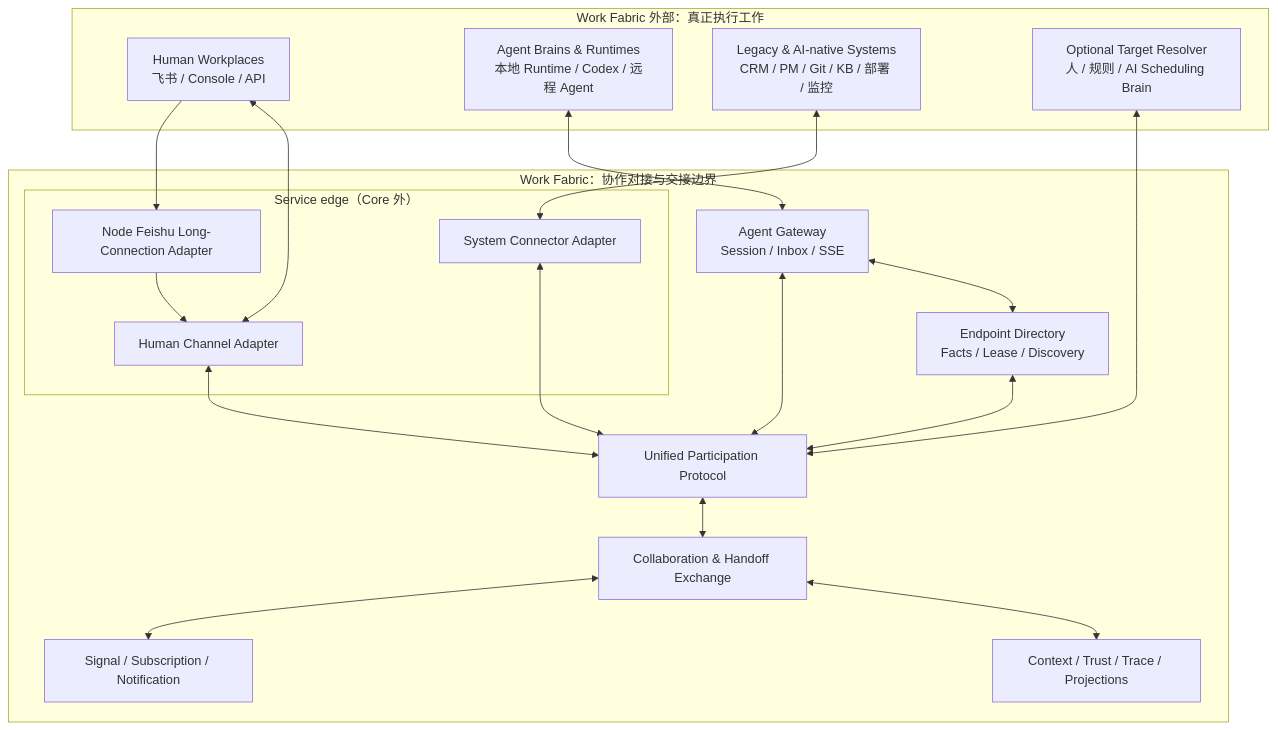
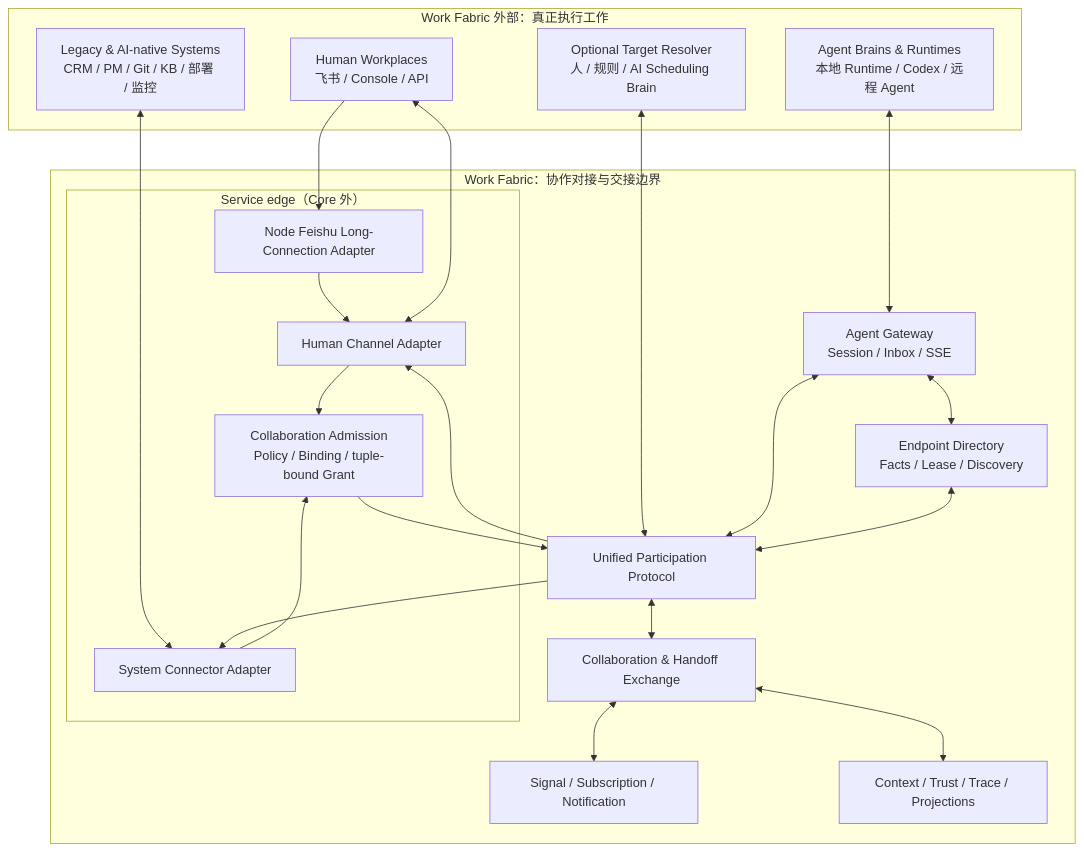
The first of 8 diagrams in docs/architecture.md (AgentEra/work-fabric), drawn with Mermaid before and after one commit. The commit also changed other lines of this file and 46 other files, not shown here.

````diff
--- a/docs/architecture.md
+++ b/docs/architecture.md
@@ -61,37 +61,41 @@
 ```mermaid
 flowchart TB
     subgraph External["Work Fabric 外部：真正执行工作"]
         Human["Human Workplaces<br/>飞书 / Console / API"]
         Agent["Agent Brains & Runtimes<br/>本地 Runtime / Codex / 远程 Agent"]
         System["Legacy & AI-native Systems<br/>CRM / PM / Git / KB / 部署 / 监控"]
         Resolver["Optional Target Resolver<br/>人 / 规则 / AI Scheduling Brain"]
     end
 
     subgraph Fabric["Work Fabric：协作对接与交接边界"]
         subgraph ServiceEdge["Service edge（Core 外）"]
             NodeFeishuAdapter["Node Feishu Long-Connection Adapter"]
             HumanAdapter["Human Channel Adapter"]
             Connector["System Connector Adapter"]
+            Admission["Collaboration Admission<br/>Policy / Binding / tuple-bound Grant"]
         end
         AgentGateway["Agent Gateway<br/>Session / Inbox / SSE"]
         Directory["Endpoint Directory<br/>Facts / Lease / Discovery"]
         Protocol["Unified Participation Protocol"]
         Exchange["Collaboration & Handoff Exchange"]
         Signal["Signal / Subscription / Notification"]
         Support["Context / Trust / Trace / Projections"]
     end
 
     Human --> NodeFeishuAdapter --> HumanAdapter
     Human <--> HumanAdapter
     Agent <--> AgentGateway
     System <--> Connector
     Resolver <--> Protocol
-    HumanAdapter <--> Protocol
+    HumanAdapter --> Admission
+    Connector --> Admission
+    Admission --> Protocol
+    Protocol --> HumanAdapter
     AgentGateway <--> Protocol
     AgentGateway <--> Directory
     Directory <--> Protocol
-    Connector <--> Protocol
+    Protocol --> Connector
     Protocol <--> Exchange
     Exchange <--> Signal
     Exchange <--> Support
 ```
````
